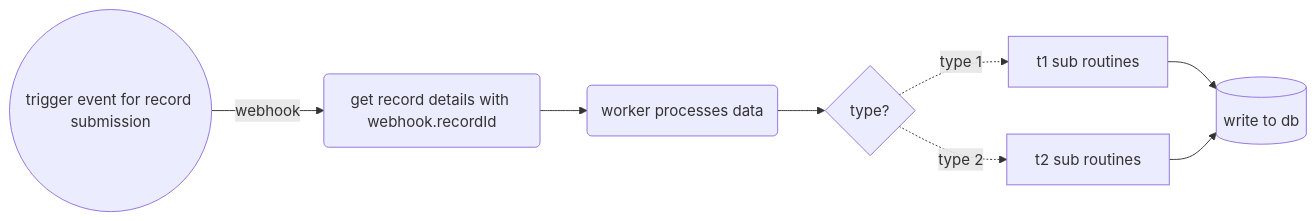
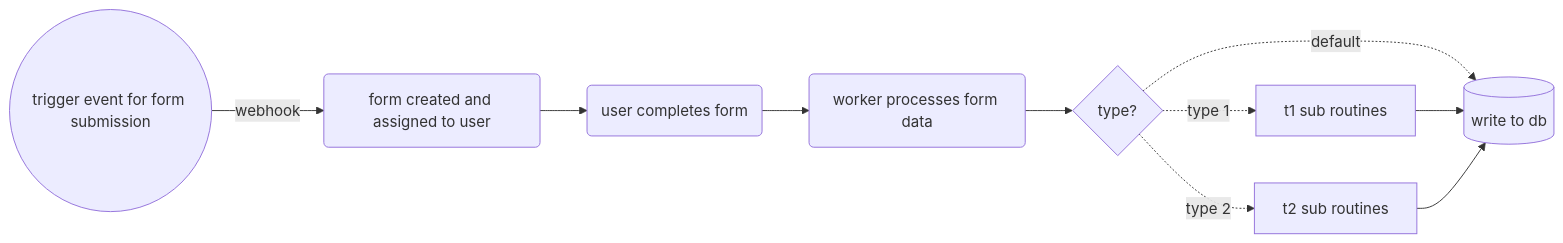
The diagram in scripts/README.md (roronoaBoi/orkes-poc), drawn with Mermaid before and after one commit. The commit also changed other lines of this file and 7 other files, not shown here.

````diff
--- a/scripts/README.md
+++ b/scripts/README.md
@@ -8,14 +10,16 @@
 ```mermaid
 graph LR
-A((trigger event for record submission))--webhook-->
-B(get record details with webhook.recordId)-->
-C(worker processes data)-->
+A((trigger event for form submission))--webhook-->
+B(form created and assigned to user)-->
+BA(user completes form)-->
+C(worker processes form data)-->
 D{type?}
 D-.type 1.->
 E[t1 sub routines]
 D-.type 2.->
 F[t2 sub routines]
+D-.default.->
 G[(write to db)]
 E-->G
 F-->G;
 ```
````
